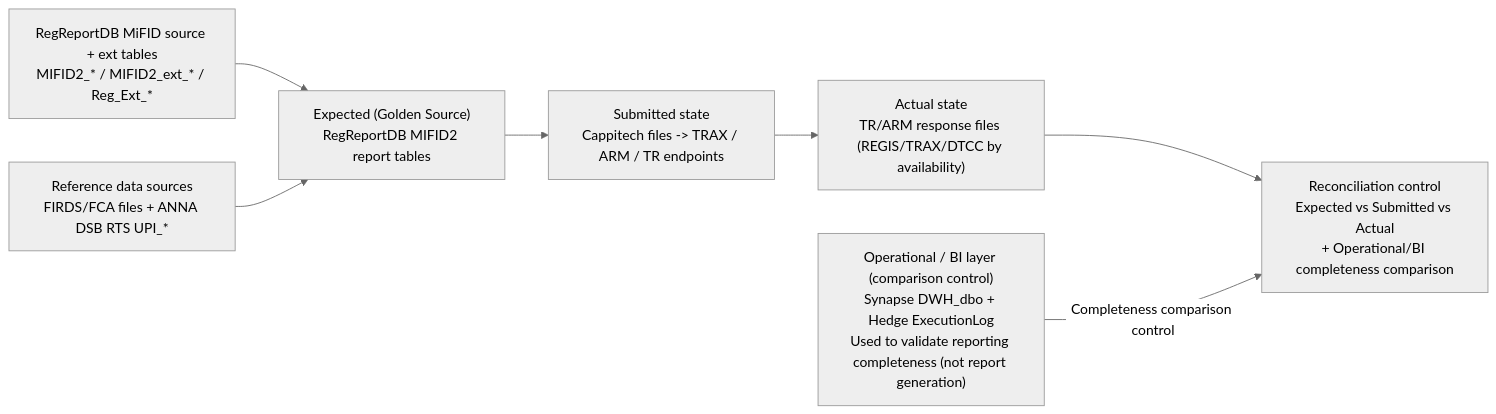
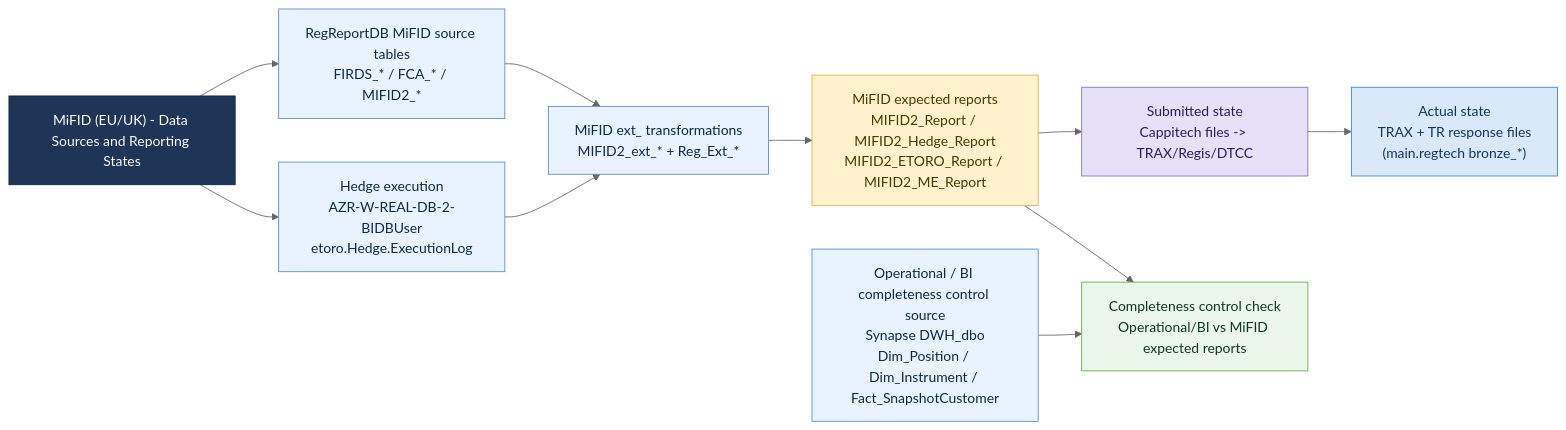
The diagram in docs/reporting-model-mifid-data-sources.md (valentinosko-hub/RegTech), drawn with Mermaid (neutral theme) before and after one commit. The commit also changed 15 other files, not shown here.

Commit message:
Style per-model diagrams with title and state colors

````diff
--- a/docs/reporting-model-mifid-data-sources.md
+++ b/docs/reporting-model-mifid-data-sources.md
@@ -3,14 +3,33 @@
 ```mermaid
 flowchart LR
-  OBI["Operational / BI layer (comparison control)<br/>Synapse DWH_dbo + Hedge ExecutionLog<br/>Used to validate reporting completeness (not report generation)"]
-  SRC["RegReportDB MiFID source + ext tables<br/>MIFID2_* / MIFID2_ext_* / Reg_Ext_*"]
-  REF["Reference data sources<br/>FIRDS/FCA files + ANNA DSB RTS UPI_*"]
-  EXP["Expected (Golden Source)<br/>RegReportDB MIFID2 report tables"]
-  SUB["Submitted state<br/>Cappitech files -> TRAX / ARM / TR endpoints"]
-  ACT["Actual state<br/>TR/ARM response files (REGIS/TRAX/DTCC by availability)"]
-  REC["Reconciliation control<br/>Expected vs Submitted vs Actual<br/>+ Operational/BI completeness comparison"]
+  T["MiFID (EU/UK) - Data Sources and Reporting States"]
+  I1["Operational / BI completeness control source<br/>Synapse DWH_dbo<br/>Dim_Position / Dim_Instrument / Fact_SnapshotCustomer"]
+  I2["Hedge execution<br/>AZR-W-REAL-DB-2-BIDBUser<br/>etoro.Hedge.ExecutionLog"]
+  I3["RegReportDB MiFID source tables<br/>FIRDS_* / FCA_* / MIFID2_*"]
+  I4["MiFID ext_ transformations<br/>MIFID2_ext_* + Reg_Ext_*"]
+  I5["MiFID expected reports<br/>MIFID2_Report / MIFID2_Hedge_Report<br/>MIFID2_ETORO_Report / MIFID2_ME_Report"]
+  I6["Submitted state<br/>Cappitech files -> TRAX/Regis/DTCC"]
+  I7["Actual state<br/>TRAX + TR response files<br/>(main.regtech bronze_*)"]
+  I8["Completeness control check<br/>Operational/BI vs MiFID expected reports"]
 
-  SRC --> EXP --> SUB --> ACT --> REC
-  REF --> EXP
-  OBI -->|Completeness comparison control| REC
+  T --> I2
+  T --> I3
+  I2 --> I4
+  I3 --> I4 --> I5 --> I6 --> I7
+  I1 --> I8
+  I5 --> I8
+
+  classDef title fill:#1f3558,stroke:#0f223d,color:#ffffff,fontStyle:bold;
+  classDef source fill:#e8f3ff,stroke:#5b8cc9,color:#0e2a47;
+  classDef expected fill:#fff2cc,stroke:#d6b656,color:#4a3900,fontStyle:bold;
+  classDef submitted fill:#e6e0f8,stroke:#7f70bf,color:#2f1a5f,fontStyle:bold;
+  classDef actual fill:#d9e8fb,stroke:#3d85c6,color:#12365e,fontStyle:bold;
+  classDef control fill:#eaf7ea,stroke:#6aa84f,color:#12391f;
+
+  class T title;
+  class I1,I2,I3,I4 source;
+  class I5 expected;
+  class I6 submitted;
+  class I7 actual;
+  class I8 control;
 ```
````
